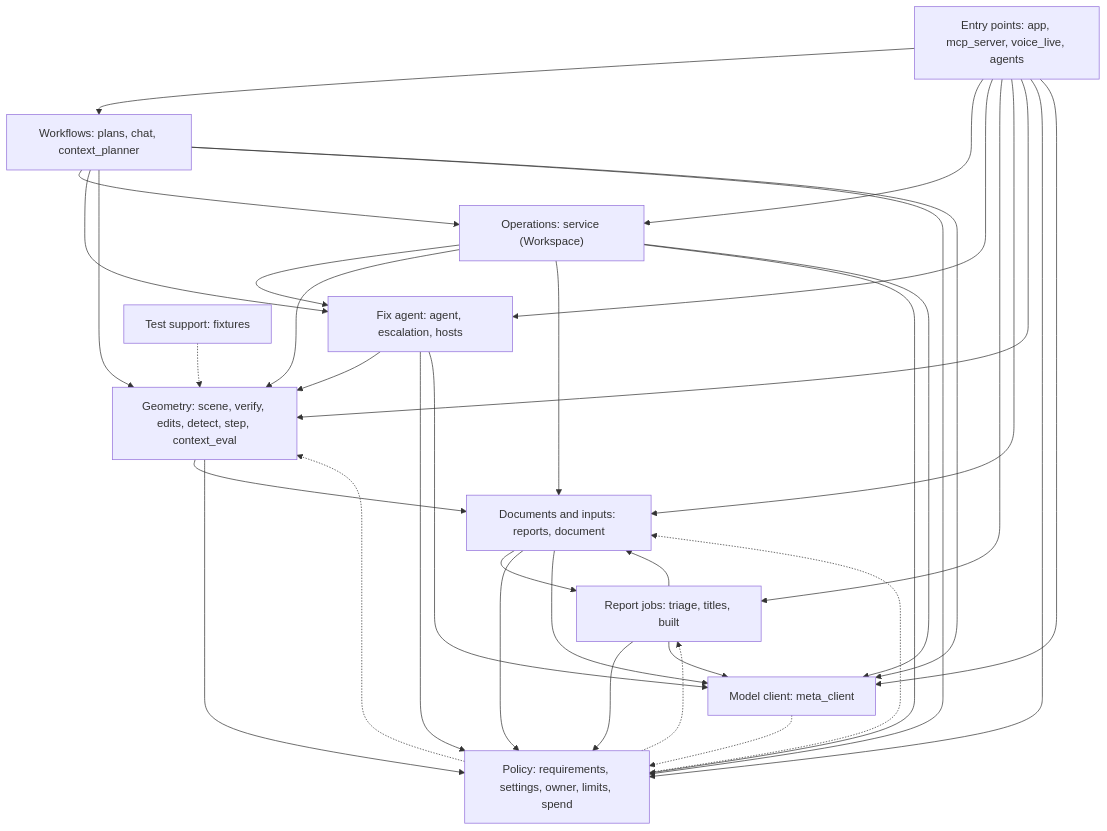
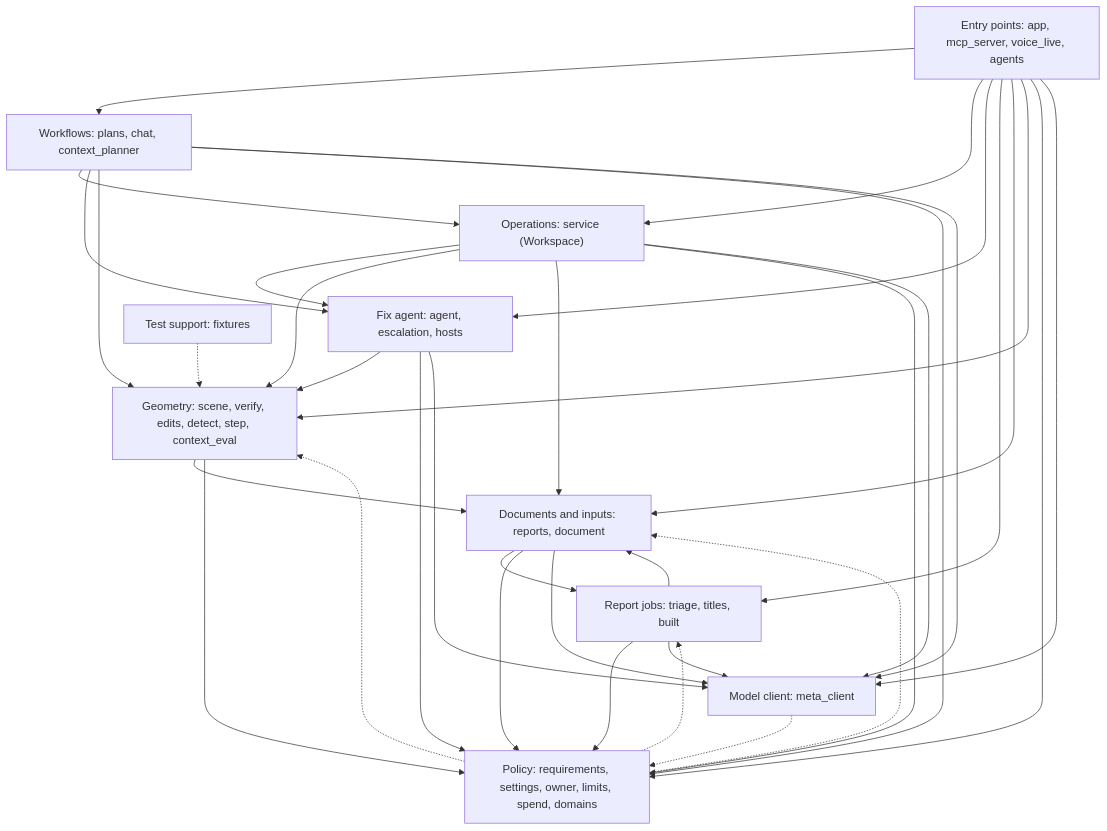
One commit to IssueLab-Inc/ORCA changed the first of 5 diagrams in docs/architecture/04-server-code-map.md. Above: the diagram before and after it, drawn with Mermaid. The commit also changed other lines of this file and 21 other files, not shown here.

````diff
--- a/docs/architecture/04-server-code-map.md
+++ b/docs/architecture/04-server-code-map.md
@@ -37,47 +37,47 @@
 ```mermaid
 flowchart TB
     entry["Entry points: app, mcp_server, voice_live, agents"]
     flows["Workflows: plans, chat, context_planner"]
     ops["Operations: service (Workspace)"]
     fixer["Fix agent: agent, escalation, hosts"]
     jobs["Report jobs: triage, titles, built"]
     docio["Documents and inputs: reports, document"]
     geo["Geometry: scene, verify, edits, detect, step, context_eval"]
-    policy["Policy: requirements, settings, owner, limits, spend"]
+    policy["Policy: requirements, settings, owner, limits, spend, domains"]
     client["Model client: meta_client"]
     support["Test support: fixtures"]
     entry --> flows
     entry --> ops
     entry --> fixer
     entry --> jobs
     entry --> docio
     entry --> geo
     entry --> policy
     entry --> client
     flows --> ops
     flows --> fixer
     flows --> geo
     flows --> policy
     flows --> client
     ops --> fixer
     ops --> geo
     ops --> docio
     ops --> policy
     ops --> client
     fixer --> geo
     fixer --> policy
     fixer --> client
     jobs --> docio
     jobs --> policy
     jobs --> client
     docio --> jobs
     docio --> policy
     docio --> client
     geo --> docio
     geo --> policy
     policy -.-> geo
     policy -.-> docio
     policy -.-> jobs
     client -.-> policy
     support -.-> geo
 ```
````
